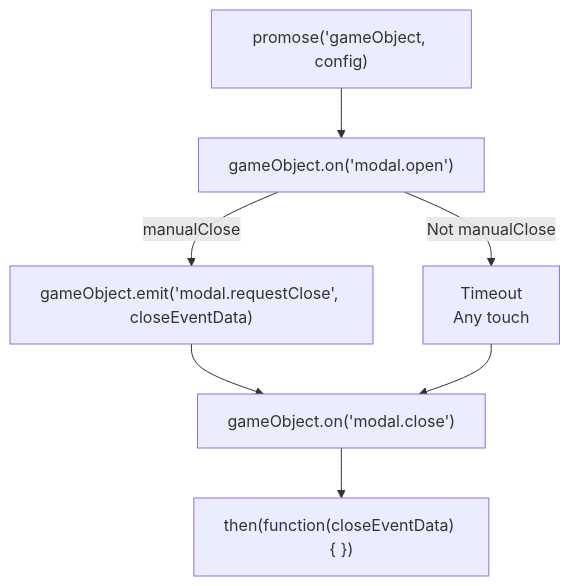
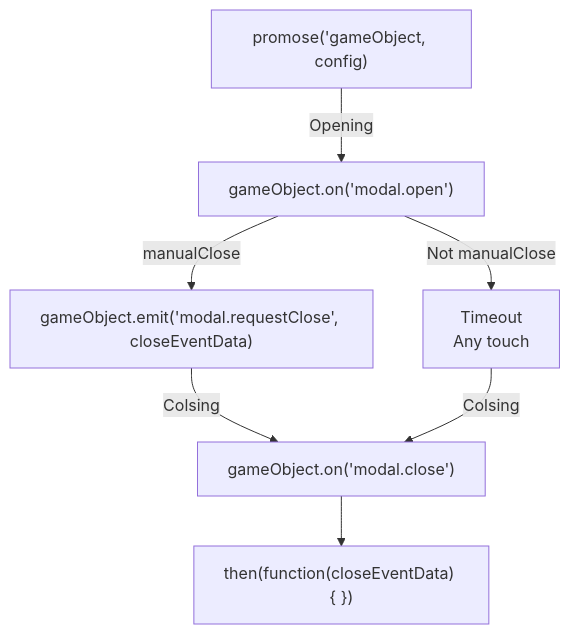
The diagram in docs/docs/modal-promise.md (rexrainbow/phaser3-rex-notes), drawn with Mermaid before and after one commit. The commit also changed 5 other files, not shown here.

Commit message:
Update graph

````diff
--- a/docs/docs/modal-promise.md
+++ b/docs/docs/modal-promise.md
@@ -82,17 +82,17 @@
 ```mermaid
 graph TB
 
 Promise["promose('gameObject, config)"]
 OnOpen["gameObject.on('modal.open')"]
 RequestCloseEvent["gameObject.emit('modal.requestClose', closeEventData)"]
 TimeOut["Timeout<br>Any touch"]
 OnClose["gameObject.on('modal.close')"]
 Resolve["then(function(closeEventData) { })"]
 
-Promise --> OnOpen
+Promise --> |Opening| OnOpen
 OnOpen --> |manualClose| RequestCloseEvent
 OnOpen --> |Not manualClose| TimeOut
-RequestCloseEvent --> OnClose
-TimeOut --> OnClose
+RequestCloseEvent --> |Colsing| OnClose
+TimeOut --> |Colsing| OnClose
 OnClose --> Resolve
 ```
````
